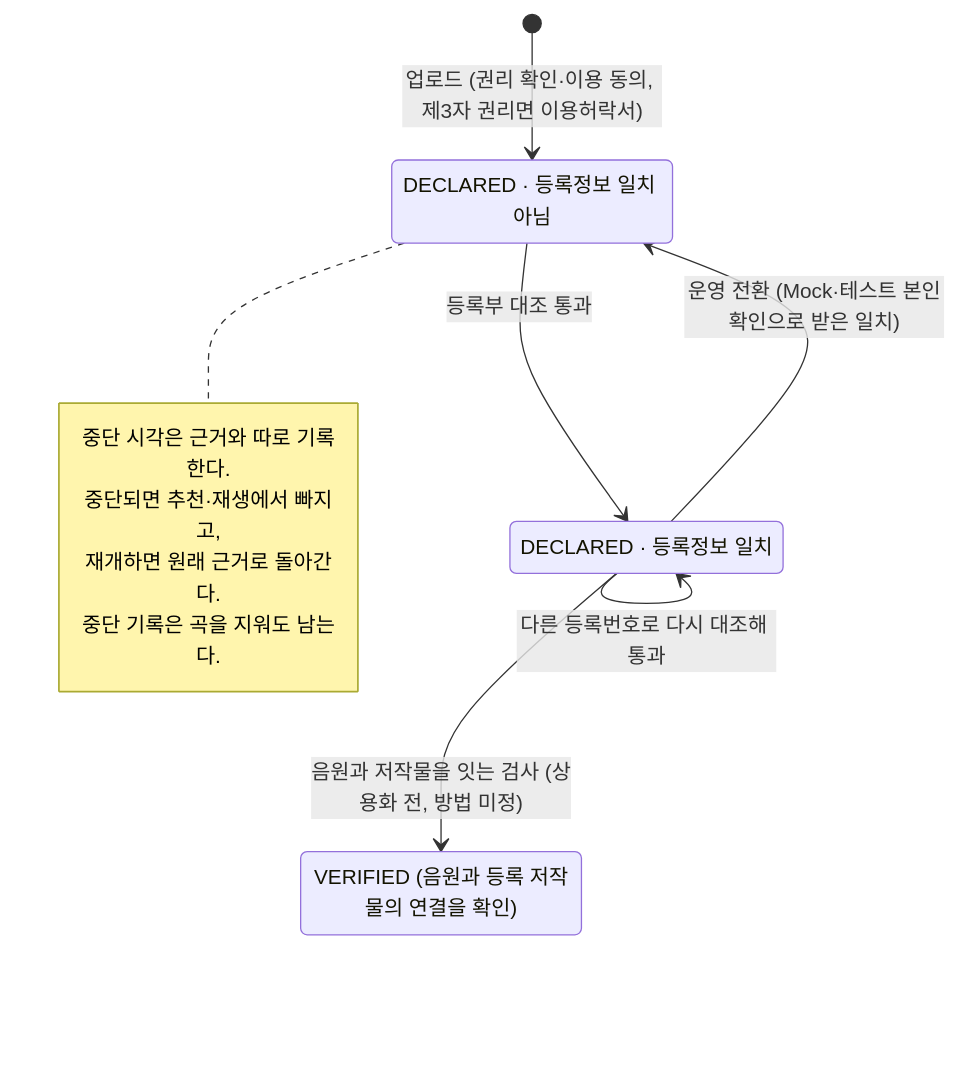
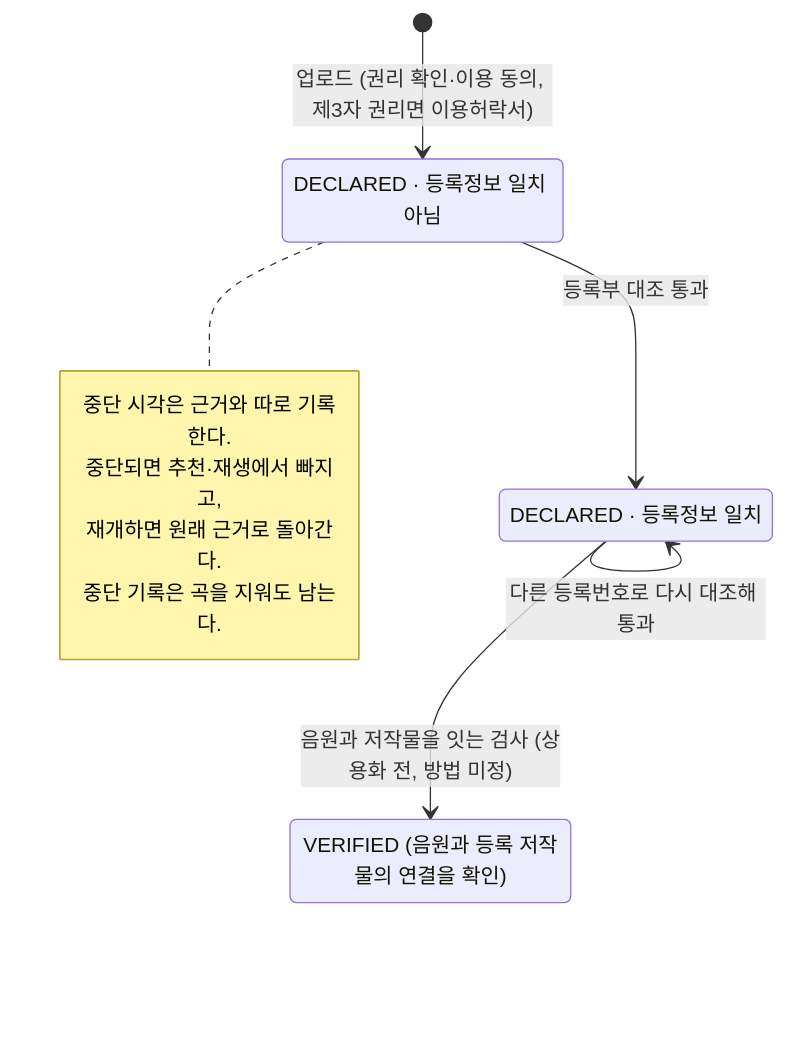
One commit to nsuCapstoneTeam/NSU_CAPSTONE changed the diagram in docs/adr/music_upload/01_music_rights_verification.md. Above: the diagram before and after it, drawn with Mermaid. The commit also changed other lines of this file and 2 other files, not shown here.

````diff
--- a/docs/adr/music_upload/01_music_rights_verification.md
+++ b/docs/adr/music_upload/01_music_rights_verification.md
@@ -35,17 +35,16 @@
 ```mermaid
 stateDiagram-v2
     state "DECLARED · 등록정보 일치 아님" as D0
     state "DECLARED · 등록정보 일치" as D1
     state "VERIFIED (음원과 등록 저작물의 연결을 확인)" as V
     [*] --> D0: 업로드 (권리 확인·이용 동의, 제3자 권리면 이용허락서)
     D0 --> D1: 등록부 대조 통과
     D1 --> D1: 다른 등록번호로 다시 대조해 통과
-    D1 --> D0: 운영 전환 (Mock·테스트 본인확인으로 받은 일치)
     D1 --> V: 음원과 저작물을 잇는 검사 (상용화 전, 방법 미정)
     note right of D0
         중단 시각은 근거와 따로 기록한다.
         중단되면 추천·재생에서 빠지고,
         재개하면 원래 근거로 돌아간다.
         중단 기록은 곡을 지워도 남는다.
     end note
 ```
````
